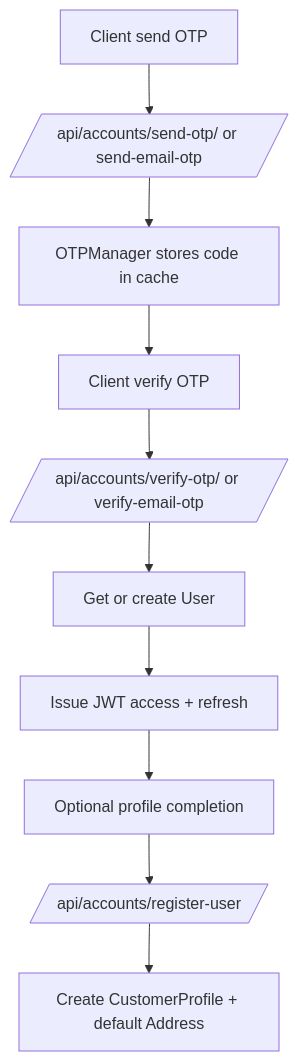
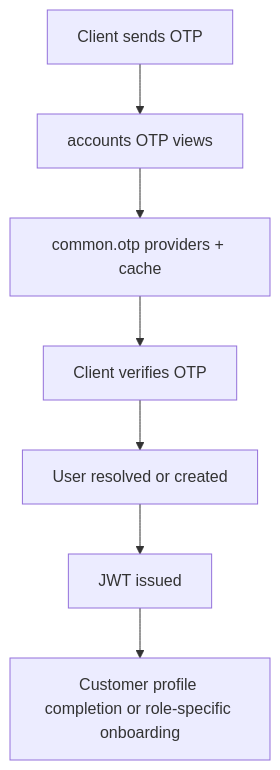
The second of 7 diagrams in ARCHITECTURE_BLUEPRINT.md (phanstudio/ovena-backend), drawn with Mermaid before and after one commit. The commit also changed other lines of this file and 27 other files, not shown here.

````diff
--- a/ARCHITECTURE_BLUEPRINT.md
+++ b/ARCHITECTURE_BLUEPRINT.md
@@ -257,12 +366,9 @@
 ```mermaid
 flowchart TD
-    A[Client send OTP] --> B[/api/accounts/send-otp/ or send-email-otp/]
-    B --> C[OTPManager stores code in cache]
-    C --> D[Client verify OTP]
-    D --> E[/api/accounts/verify-otp/ or verify-email-otp/]
-    E --> F[Get or create User]
-    F --> G[Issue JWT access + refresh]
-    G --> H[Optional profile completion]
-    H --> I[/api/accounts/register-user/]
-    I --> J[Create CustomerProfile + default Address]
+    A[Client sends OTP] --> B[accounts OTP views]
+    B --> C[common.otp providers + cache]
+    C --> D[Client verifies OTP]
+    D --> E[User resolved or created]
+    E --> F[JWT issued]
+    F --> G[Customer profile completion or role-specific onboarding]
 ```
````
